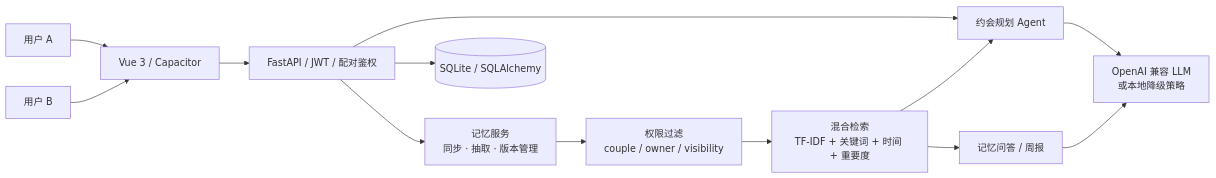
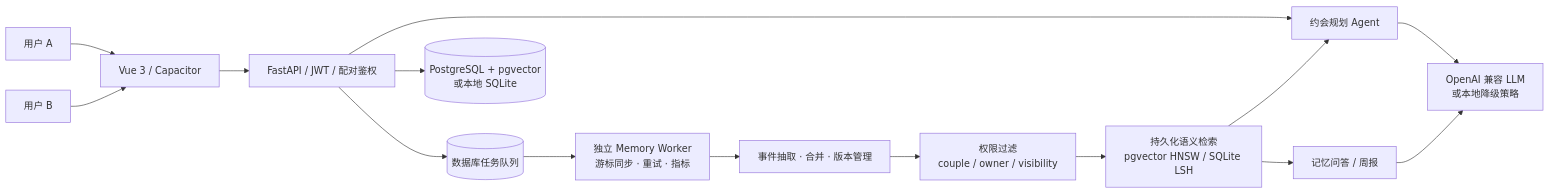
One commit to zyxmango/moyun-ai-couple changed the diagram in README.md. Above: the diagram before and after it, drawn with Mermaid. The commit also changed other lines of this file and 31 other files, not shown here.

````diff
--- a/README.md
+++ b/README.md
@@ -34,15 +34,17 @@
 ```mermaid
 flowchart LR
     A["用户 A"] --> FE["Vue 3 / Capacitor"]
     B["用户 B"] --> FE
     FE --> API["FastAPI / JWT / 配对鉴权"]
-    API --> MEM["记忆服务\n同步 · 抽取 · 版本管理"]
+    API --> Q[("数据库任务队列")]
+    Q --> WORKER["独立 Memory Worker\n游标同步 · 重试 · 指标"]
+    WORKER --> MEM["事件抽取 · 合并 · 版本管理"]
     API --> PLAN["约会规划 Agent"]
     MEM --> ACL["权限过滤\ncouple / owner / visibility"]
-    ACL --> RAG["混合检索\nTF-IDF + 关键词 + 时间 + 重要度"]
+    ACL --> RAG["持久化语义检索\npgvector HNSW / SQLite LSH"]
     RAG --> PLAN
     RAG --> QA["记忆问答 / 周报"]
     PLAN --> LLM["OpenAI 兼容 LLM\n或本地降级策略"]
     QA --> LLM
-    API --> DB[("SQLite / SQLAlchemy")]
+    API --> DB[("PostgreSQL + pgvector\n或本地 SQLite")]
 ```
````
